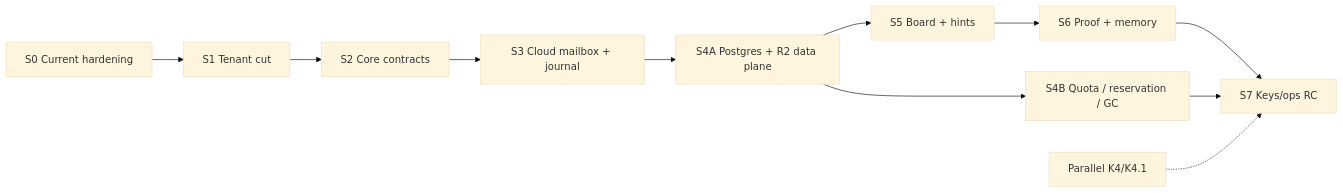
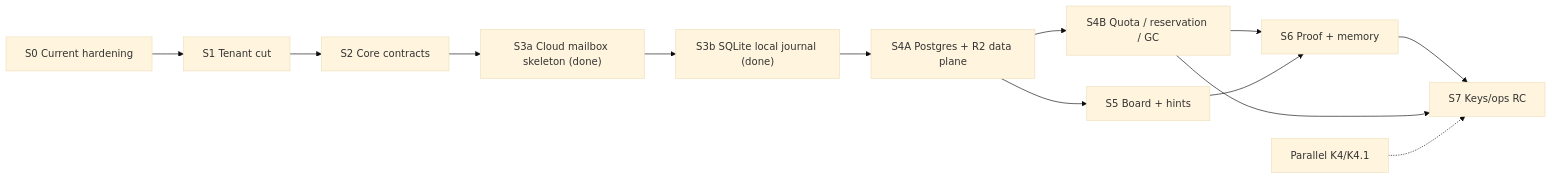
The first of 2 diagrams in plans/sprints/20260807-byok-platform-raft-aligned.sprint.md (Ancienttwo/byok-sdk), drawn with Mermaid (base theme) before and after one commit. The commit also changed other lines of this file and 3 other files, not shown here.

````diff
--- a/plans/sprints/20260807-byok-platform-raft-aligned.sprint.md
+++ b/plans/sprints/20260807-byok-platform-raft-aligned.sprint.md
@@ -143,24 +176,27 @@
 ```mermaid
 flowchart LR
   S0["S0 Current hardening"]
   S1["S1 Tenant cut"]
   S2["S2 Core contracts"]
-  S3["S3 Cloud mailbox + journal"]
+  S3a["S3a Cloud mailbox skeleton (done)"]
+  S3b["S3b SQLite local journal (done)"]
   S4A["S4A Postgres + R2 data plane"]
   S4B["S4B Quota / reservation / GC"]
   S5["S5 Board + hints"]
   S6["S6 Proof + memory"]
   S7["S7 Keys/ops RC"]
   K4["Parallel K4/K4.1"]
 
   S0 --> S1
   S1 --> S2
-  S2 --> S3
-  S3 --> S4A
+  S2 --> S3a
+  S3a --> S3b
+  S3b --> S4A
   S4A --> S4B
   S4A --> S5
+  S4B --> S6
   S5 --> S6
   S6 --> S7
   S4B --> S7
   K4 -.-> S7
 ```
````
